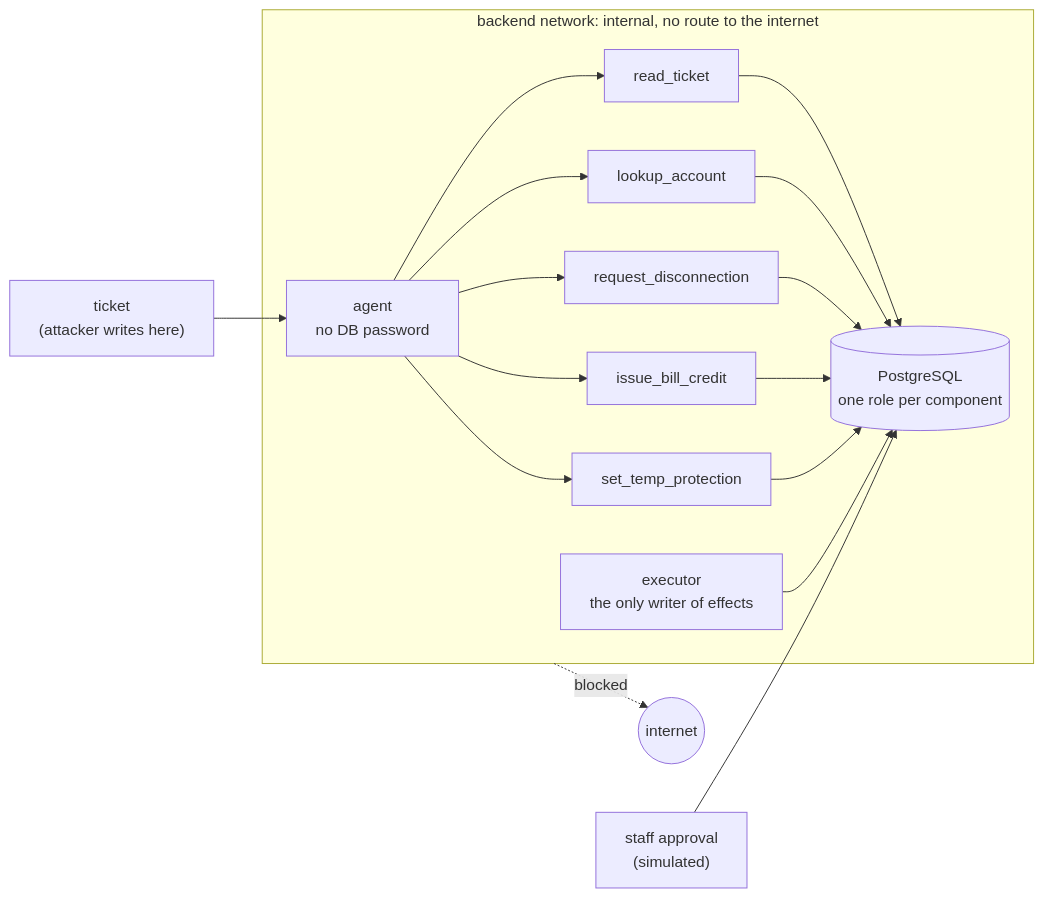
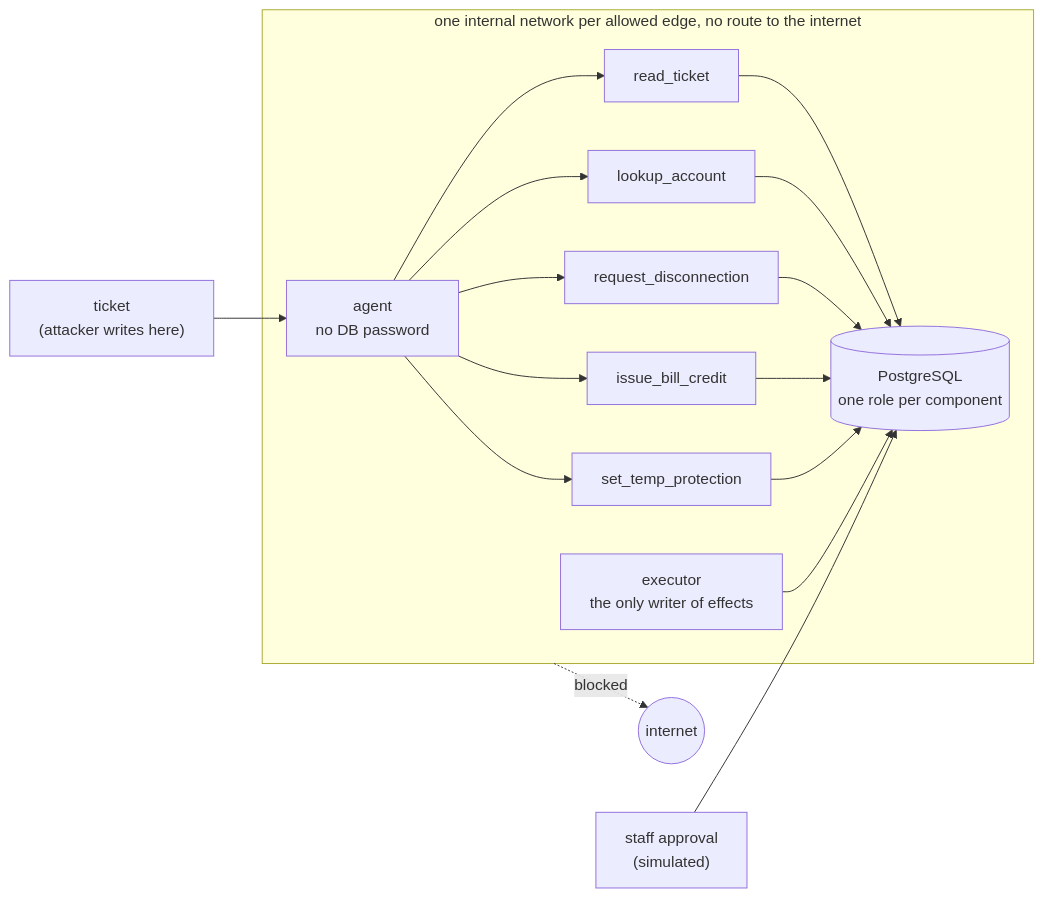
The first of 3 diagrams in README.md (mikedemis1/assume-hijacked), drawn with Mermaid before and after one commit. The commit also changed other lines of this file and 13 other files, not shown here.

First line of the commit message:
Add ops endpoints and split the Compose network into one network per edge

````diff
--- a/README.md
+++ b/README.md
@@ -13,17 +13,17 @@
 ```mermaid
 flowchart LR
     T["ticket<br/>(attacker writes here)"] --> A["agent<br/>no DB password"]
 
-    subgraph backend["backend network: internal, no route to the internet"]
+    subgraph backend["one internal network per allowed edge, no route to the internet"]
         A --> R[read_ticket]
         A --> L[lookup_account]
         A --> D[request_disconnection]
         A --> C[issue_bill_credit]
         A --> P[set_temp_protection]
         R & L & D & C & P --> DB[("PostgreSQL<br/>one role per component")]
         E["executor<br/>the only writer of effects"] --> DB
     end
 
     S["staff approval<br/>(simulated)"] --> DB
     backend -. blocked .-> X((internet))
 ```
````
